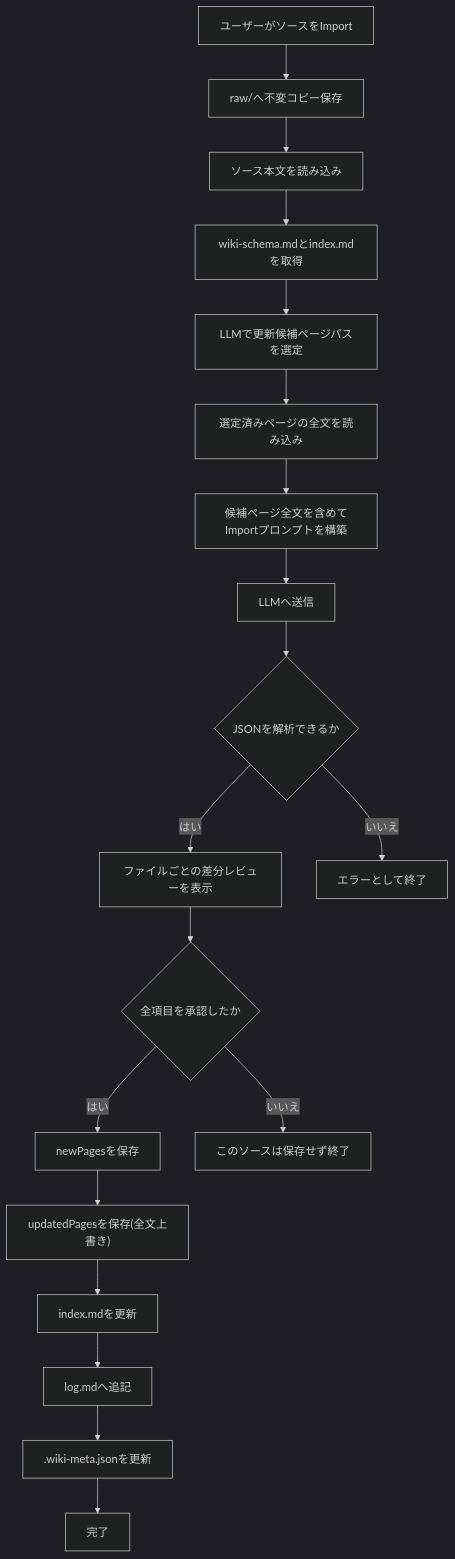
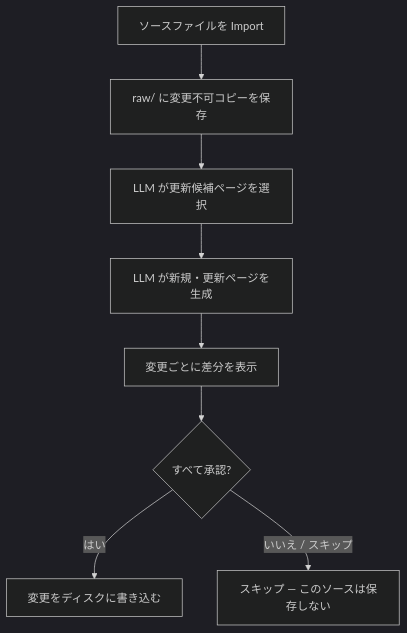
One commit to yt3trees/ProjectCurator changed the diagram in docs/wiki-features-ja.md. Above: the diagram before and after it, drawn with Mermaid (dark theme). The commit also changed other lines of this file and 1 other file, not shown here.

Commit message:
docs: streamline wiki feature documentation

````diff
--- a/docs/wiki-features-ja.md
+++ b/docs/wiki-features-ja.md
@@ -55,41 +50,15 @@
 ```mermaid
 flowchart TD
-    A["ユーザーがソースをImport"]
-    B["raw/へ不変コピー保存"]
-    C["ソース本文を読み込み"]
-    D["wiki-schema.mdとindex.mdを取得"]
-    E["LLMで更新候補ページパスを選定"]
-    F["選定済みページの全文を読み込み"]
-    G["候補ページ全文を含めてImportプロンプトを構築"]
-    H["LLMへ送信"]
-    I{"JSONを解析できるか"}
-    J["ファイルごとの差分レビューを表示"]
-    K{"全項目を承認したか"}
-    L["newPagesを保存"]
-    M["updatedPagesを保存(全文上書き)"]
-    N["index.mdを更新"]
-    O["log.mdへ追記"]
-    P[".wiki-meta.jsonを更新"]
-    Q["完了"]
-    R["このソースは保存せず終了"]
-    S["エラーとして終了"]
+    A["ソースファイルを Import"]
+    B["raw/ に変更不可コピーを保存"]
+    C["LLM が更新候補ページを選択"]
+    D["LLM が新規・更新ページを生成"]
+    E["変更ごとに差分を表示"]
+    F{"すべて承認?"}
+    G["変更をディスクに書き込む"]
+    H["スキップ — このソースは保存しない"]
 
-    A --> B
-    B --> C
-    C --> D
-    D --> E
-    E --> F
-    F --> G
-    G --> H
-    H --> I
-    I -->|"はい"| J
-    J --> K
-    K -->|"はい"| L
-    L --> M
-    M --> N
-    N --> O
-    O --> P
-    P --> Q
-    K -->|"いいえ"| R
-    I -->|"いいえ"| S
+    A --> B --> C --> D --> E --> F
+    F -->|"はい"| G
+    F -->|"いいえ / スキップ"| H
 ```
````
